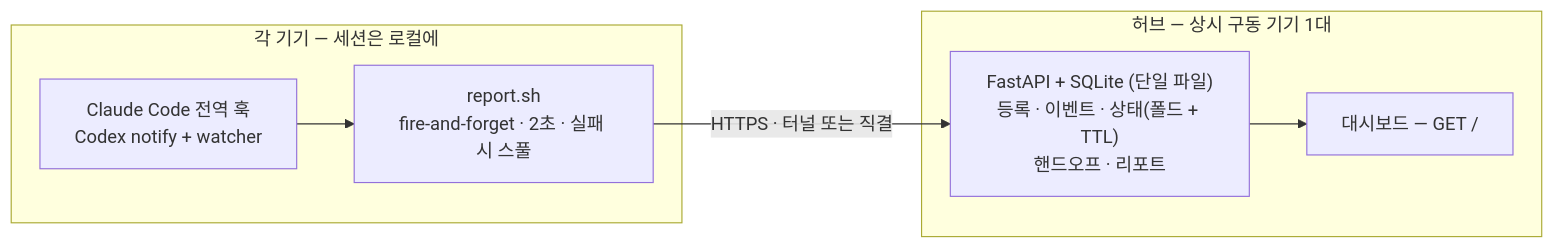
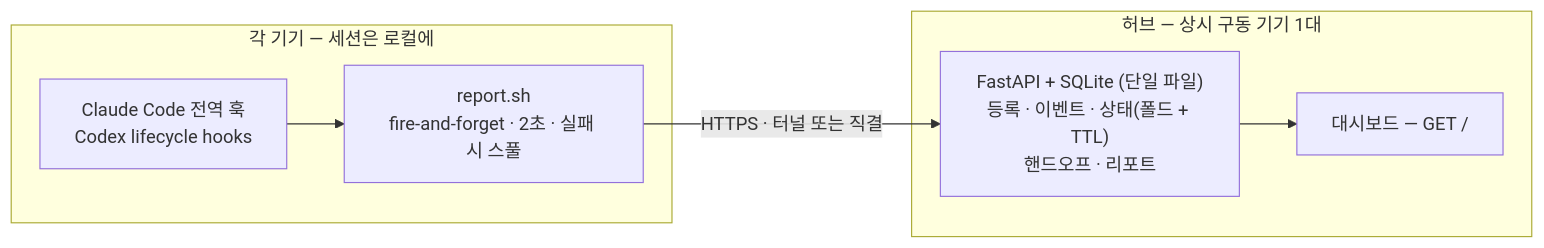
The diagram in README.ko.md (hierrr/madison), drawn with Mermaid before and after one commit. The commit also changed other lines of this file and 14 other files, not shown here.

First line of the commit message:
codex: lifecycle hooks + CLI/App tracking

````diff
--- a/README.ko.md
+++ b/README.ko.md
@@ -63,14 +63,14 @@
 ```mermaid
 flowchart LR
     subgraph dev["각 기기 — 세션은 로컬에"]
-        hooks["Claude Code 전역 훅<br/>Codex notify + watcher"]
+        hooks["Claude Code 전역 훅<br/>Codex lifecycle hooks"]
         rep["report.sh<br/>fire-and-forget · 2초 · 실패 시 스풀"]
         hooks --> rep
     end
     rep -->|"HTTPS · 터널 또는 직결"| api
     subgraph hub["허브 — 상시 구동 기기 1대"]
         api["FastAPI + SQLite (단일 파일)<br/>등록 · 이벤트 · 상태(폴드 + TTL)<br/>핸드오프 · 리포트"]
         dash["대시보드 — GET /"]
         api --> dash
     end
 ```
````
